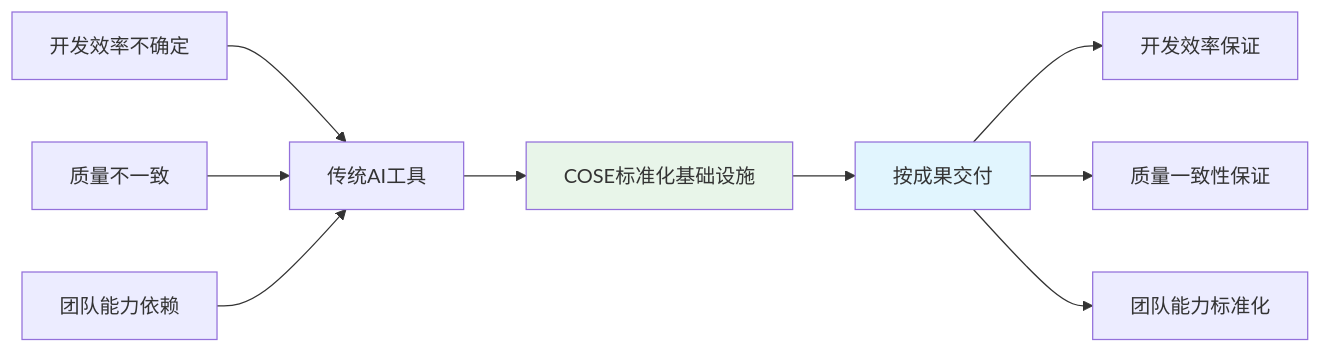
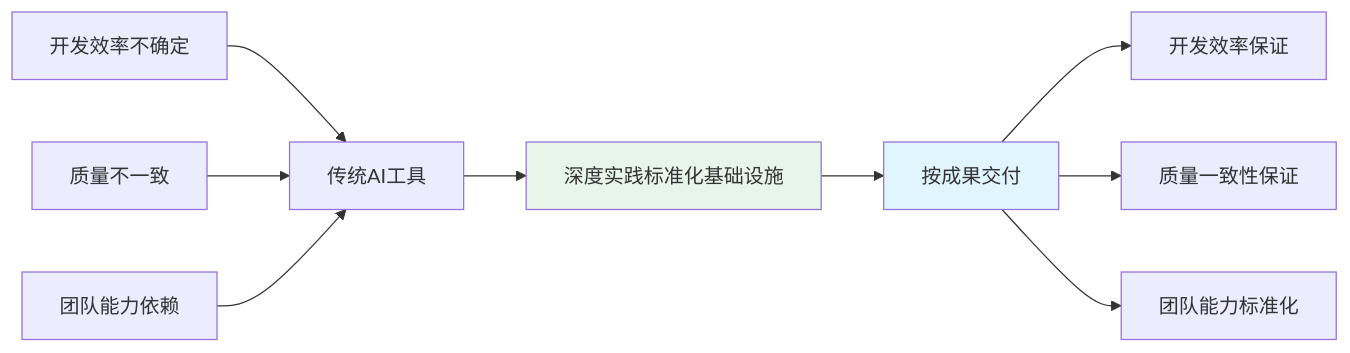
One commit to Deepractice/COSE changed the first of 2 diagrams in README.md. Above: the diagram before and after it, drawn with Mermaid. The commit also changed other lines of this file and 1 other file, not shown here.

````diff
--- a/README.md
+++ b/README.md
@@ -143,16 +143,16 @@
 ```mermaid
 graph LR
-    A[传统AI工具] --> B[COSE标准化基础设施]
+    A[传统AI工具] --> B[深度实践标准化基础设施]
     B --> C[按成果交付]
     
     A1[开发效率不确定] --> A
     A2[质量不一致] --> A
     A3[团队能力依赖] --> A
     
     C --> C1[开发效率保证]
     C --> C2[质量一致性保证]
     C --> C3[团队能力标准化]
     
     style B fill:#e8f5e9
     style C fill:#e1f5fe
 ```
````
